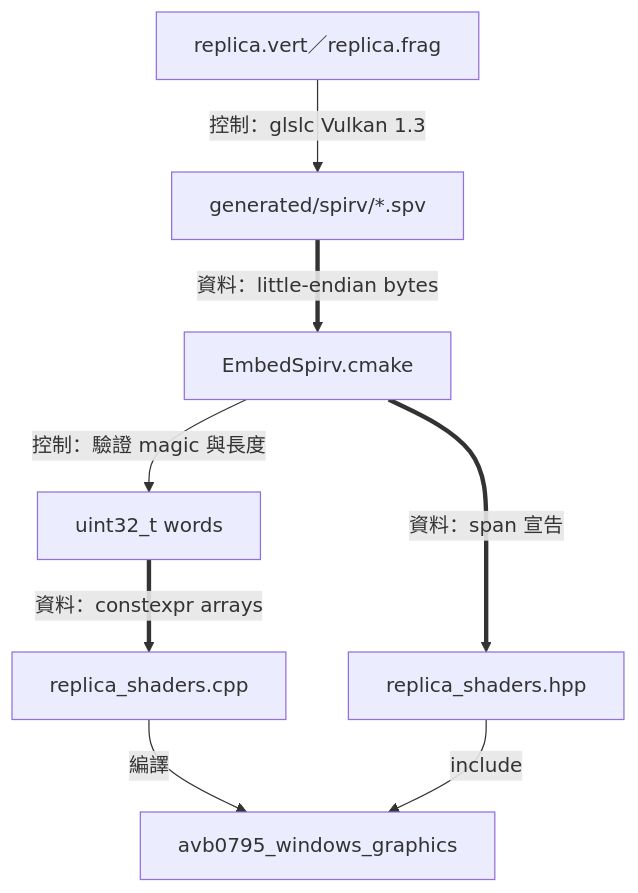
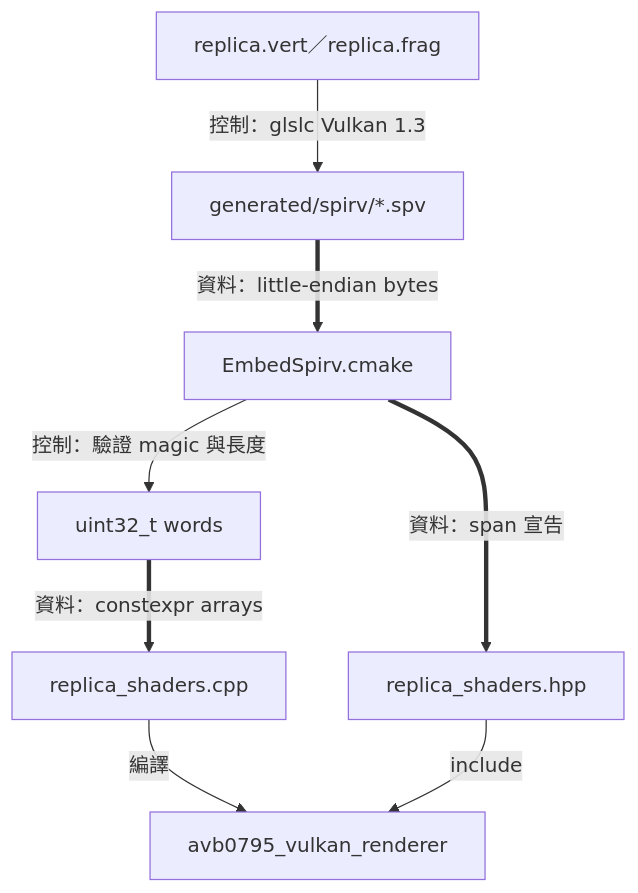
One commit to Mes0903/avb0795 changed the fourth of 6 diagrams in docs/architecture/build-and-validation.md. Above: the diagram before and after it, drawn with Mermaid. The commit also changed other lines of this file and 10 other files, not shown here.

````diff
--- a/docs/architecture/build-and-validation.md
+++ b/docs/architecture/build-and-validation.md
@@ -81,10 +91,10 @@
 ```mermaid
 flowchart TB
     GLSL["replica.vert／replica.frag"] -->|"控制：glslc Vulkan 1.3"| SPV["generated/spirv/*.spv"]
     SPV ==>|"資料：little-endian bytes"| Embed["EmbedSpirv.cmake"]
     Embed -->|"控制：驗證 magic 與長度"| Words["uint32_t words"]
     Words ==>|"資料：constexpr arrays"| Cpp["replica_shaders.cpp"]
     Embed ==>|"資料：span 宣告"| Hpp["replica_shaders.hpp"]
-    Cpp -->|"編譯"| Target["avb0795_windows_graphics"]
+    Cpp -->|"編譯"| Target["avb0795_vulkan_renderer"]
     Hpp -->|"include"| Target
 ```
````
